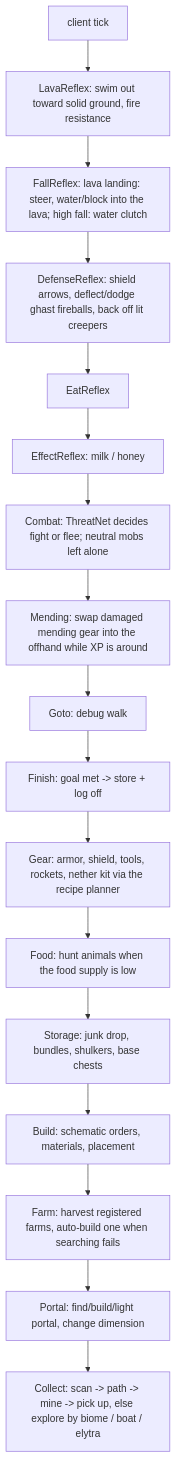
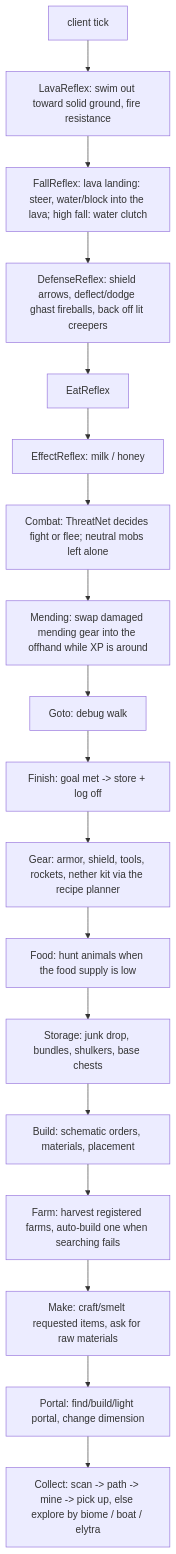
The diagram in PLAN.md (shrimpsooup2/autoCraft), drawn with Mermaid before and after one commit. The commit also changed other lines of this file and 19 other files, not shown here.

Commit message:
Crafted/smelted items as job targets (Make behavior, MAKE need, skip unobtainable); control panel (K) with item picker, schematic builder and bot status; status HUD overlay

````diff
--- a/PLAN.md
+++ b/PLAN.md
@@ -35,19 +47,20 @@
 ```mermaid
 flowchart TD
   T[client tick] --> R0[LavaReflex: swim out toward solid ground, fire resistance]
   R0 --> R1[FallReflex: lava landing: steer, water/block into the lava; high fall: water clutch]
   R1 --> R2[DefenseReflex: shield arrows, deflect/dodge ghast fireballs, back off lit creepers]
   R2 --> R3[EatReflex]
   R3 --> R4[EffectReflex: milk / honey]
   R4 --> C[Combat: ThreatNet decides fight or flee; neutral mobs left alone]
   C --> M[Mending: swap damaged mending gear into the offhand while XP is around]
   M --> GO[Goto: debug walk]
   GO --> F[Finish: goal met -> store + log off]
   F --> G[Gear: armor, shield, tools, rockets, nether kit via the recipe planner]
   G --> FO[Food: hunt animals when the food supply is low]
   FO --> ST[Storage: junk drop, bundles, shulkers, base chests]
   ST --> B[Build: schematic orders, materials, placement]
   B --> FA[Farm: harvest registered farms, auto-build one when searching fails]
-  FA --> P[Portal: find/build/light portal, change dimension]
+  FA --> MK[Make: craft/smelt requested items, ask for raw materials]
+  MK --> P[Portal: find/build/light portal, change dimension]
   P --> CO[Collect: scan -> path -> mine -> pick up, else explore by biome / boat / elytra]
 ```
````
